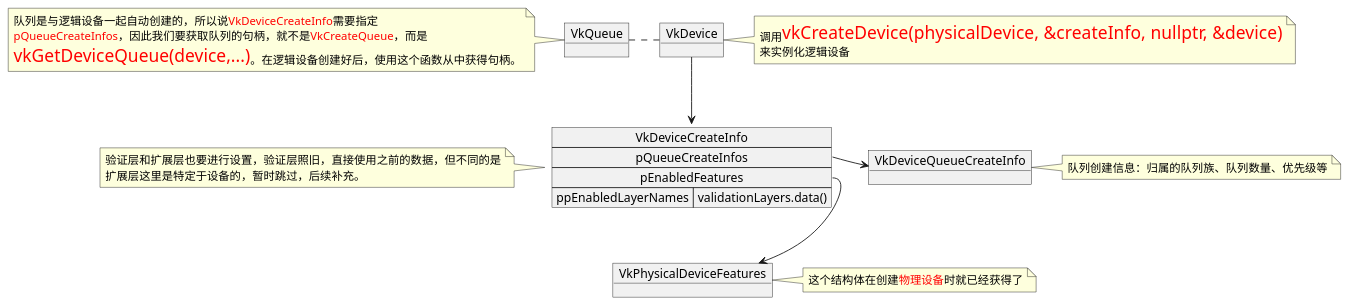
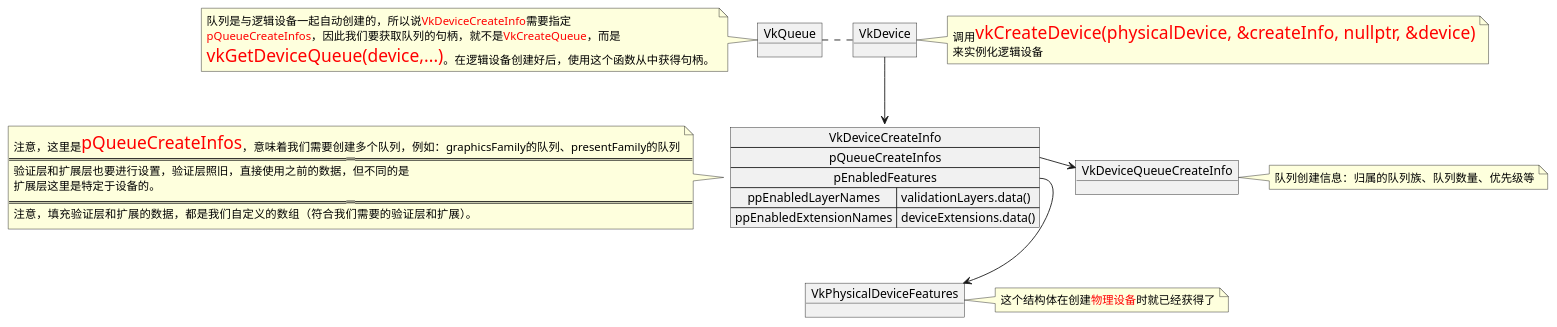
One commit to HUSTjmx/ShaderToy changed the diagram in Vulkan教程/解析图/Proccess_1.puml. Above: the diagram before and after it, drawn with PlantUML. The commit also changed 12 other files, not shown here.

```diff
--- a/Vulkan教程/解析图/Proccess_1.puml
+++ b/Vulkan教程/解析图/Proccess_1.puml
@@ -1,36 +1,41 @@
 @startuml
 object VkDevice
 note right
     调用<size:20><color:Red>vkCreateDevice(physicalDevice, &createInfo, nullptr, &device)</color>
     来实例化逻辑设备
 end note
 
 object VkQueue
 note left
     队列是与逻辑设备一起自动创建的，所以说<color:Red>VkDeviceCreateInfo</color>需要指定
     <color:Red>pQueueCreateInfos</color>，因此我们要获取队列的句柄，就不是<color:Red>VkCreateQueue</color>，而是
     <size:20><color:Red>vkGetDeviceQueue(device,...)</color></size>。在逻辑设备创建好后，使用这个函数从中获得句柄。
 end note
 
 object VkPhysicalDeviceFeatures
 note right : 这个结构体在创建<color:Red>物理设备</color>时就已经获得了
 
 object VkDeviceQueueCreateInfo
 note right : 队列创建信息：归属的队列族、队列数量、优先级等
 
 map VkDeviceCreateInfo {
     pQueueCreateInfos *-> VkDeviceQueueCreateInfo
     pEnabledFeatures *--> VkPhysicalDeviceFeatures
     ppEnabledLayerNames => validationLayers.data()
+    ppEnabledExtensionNames => deviceExtensions.data()
 }
 note left
+    注意，这里是<size:20><color:Red>pQueueCreateInfos</color></size>，意味着我们需要创建多个队列，例如：graphicsFamily的队列、presentFamily的队列
+    ========================
     验证层和扩展层也要进行设置，验证层照旧，直接使用之前的数据，但不同的是
-    扩展层这里是特定于设备的，暂时跳过，后续补充。
+    扩展层这里是特定于设备的。
+    ========================
+    注意，填充验证层和扩展的数据，都是我们自定义的数组（符合我们需要的验证层和扩展）。
 end note
 
+
 VkDevice --> VkDeviceCreateInfo
-
 VkQueue .  VkDevice
 
 
 @enduml
```
